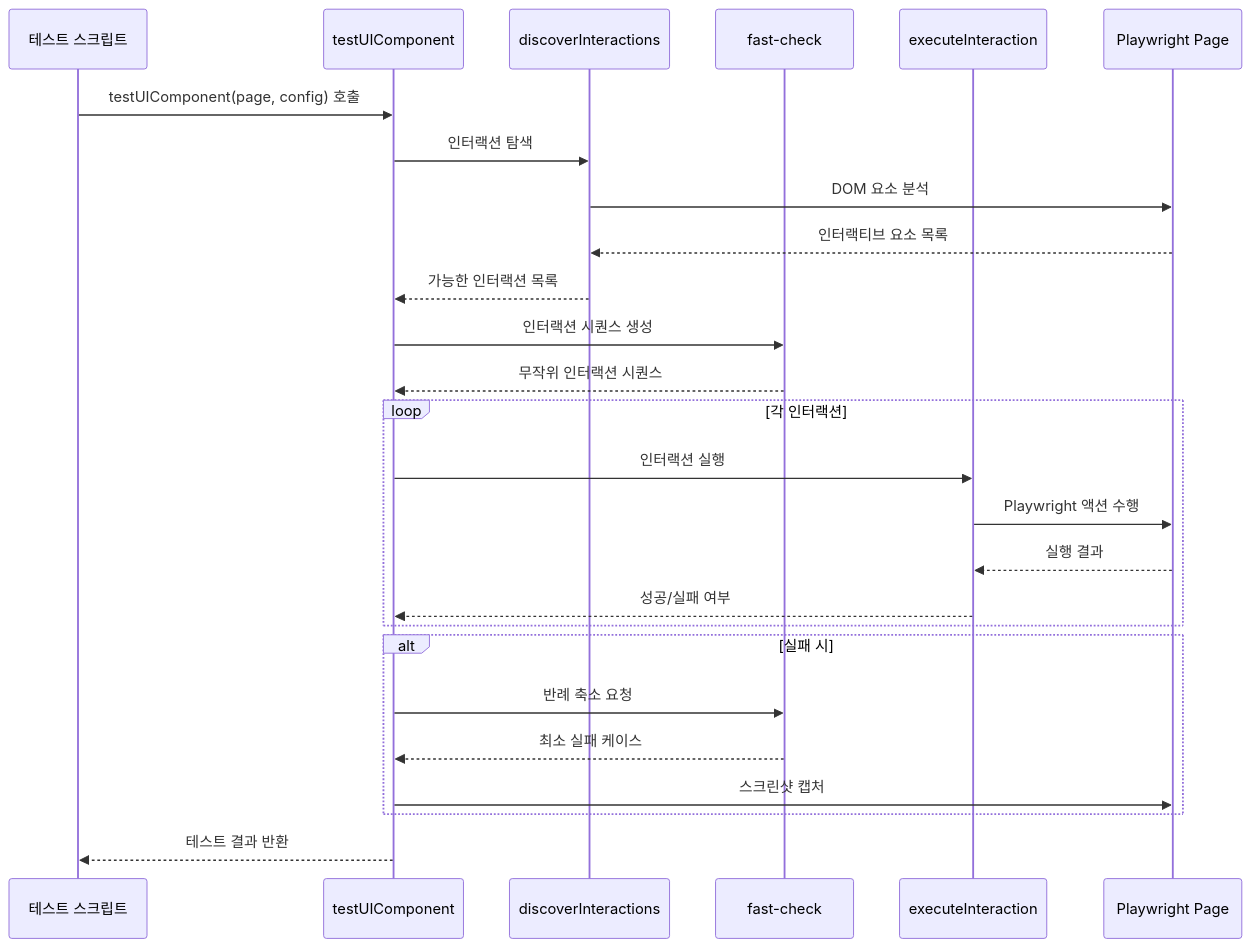
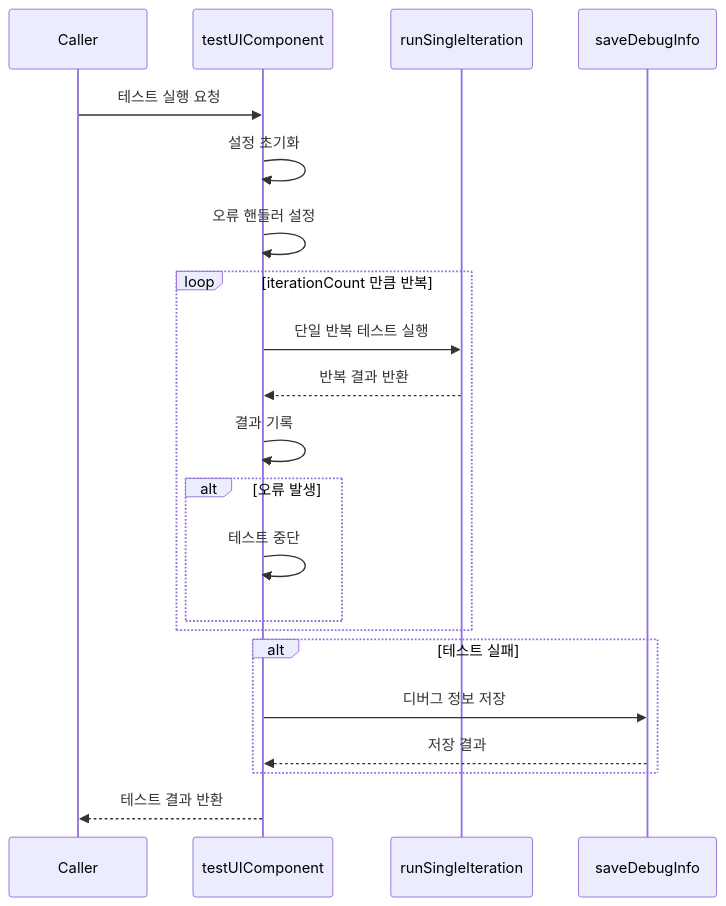
Before and after one commit to YahngSungho/Monorepo: the third of 10 diagrams in storybook/e2e/universal-testers.md, drawn with Mermaid. The commit also changed other lines of this file and 5 other files, not shown here.

````diff
--- a/storybook/e2e/universal-testers.md
+++ b/storybook/e2e/universal-testers.md
@@ -93,32 +152,28 @@
 ```mermaid
 sequenceDiagram
-    participant Test as 테스트 스크립트
-    participant Tester as testUIComponent
-    participant Discovery as discoverInteractions
-    participant FC as fast-check
-    participant Executor as executeInteraction
-    participant Page as Playwright Page
+    participant Caller
+    participant testUIComponent
+    participant runSingleIteration
+    participant saveDebugInfo
 
-    Test->>Tester: testUIComponent(page, config) 호출
-    Tester->>Discovery: 인터랙션 탐색
-    Discovery->>Page: DOM 요소 분석
-    Page-->>Discovery: 인터랙티브 요소 목록
-    Discovery-->>Tester: 가능한 인터랙션 목록
-    Tester->>FC: 인터랙션 시퀀스 생성
-    FC-->>Tester: 무작위 인터랙션 시퀀스
+    Caller->>testUIComponent: 테스트 실행 요청
+    testUIComponent->>testUIComponent: 설정 초기화
+    testUIComponent->>testUIComponent: 오류 핸들러 설정
 
-    loop 각 인터랙션
-        Tester->>Executor: 인터랙션 실행
-        Executor->>Page: Playwright 액션 수행
-        Page-->>Executor: 실행 결과
-        Executor-->>Tester: 성공/실패 여부
+    loop iterationCount 만큼 반복
+        testUIComponent->>runSingleIteration: 단일 반복 테스트 실행
+        runSingleIteration-->>testUIComponent: 반복 결과 반환
+        testUIComponent->>testUIComponent: 결과 기록
+
+        alt 오류 발생
+            testUIComponent->>testUIComponent: 테스트 중단
+        end
     end
 
-    alt 실패 시
-        Tester->>FC: 반례 축소 요청
-        FC-->>Tester: 최소 실패 케이스
-        Tester->>Page: 스크린샷 캡처
+    alt 테스트 실패
+        testUIComponent->>saveDebugInfo: 디버그 정보 저장
+        saveDebugInfo-->>testUIComponent: 저장 결과
     end
 
-    Tester-->>Test: 테스트 결과 반환
+    testUIComponent-->>Caller: 테스트 결과 반환
 ```
````
